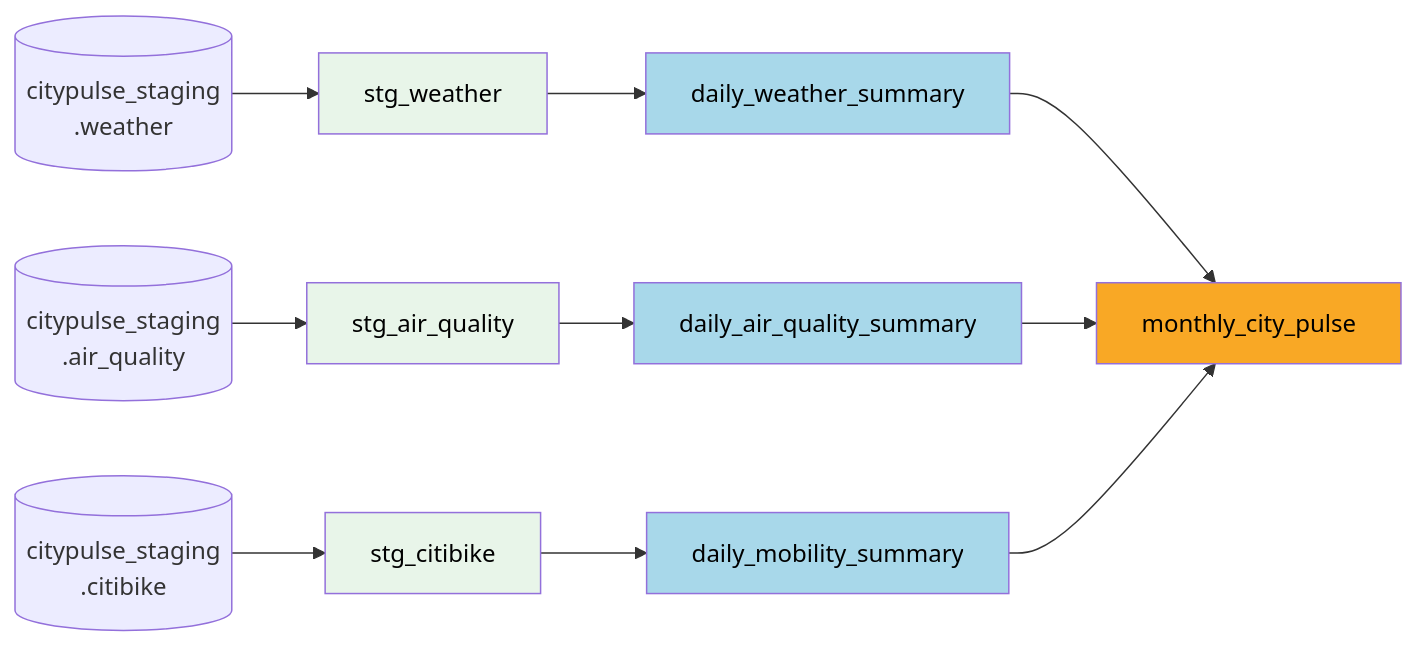
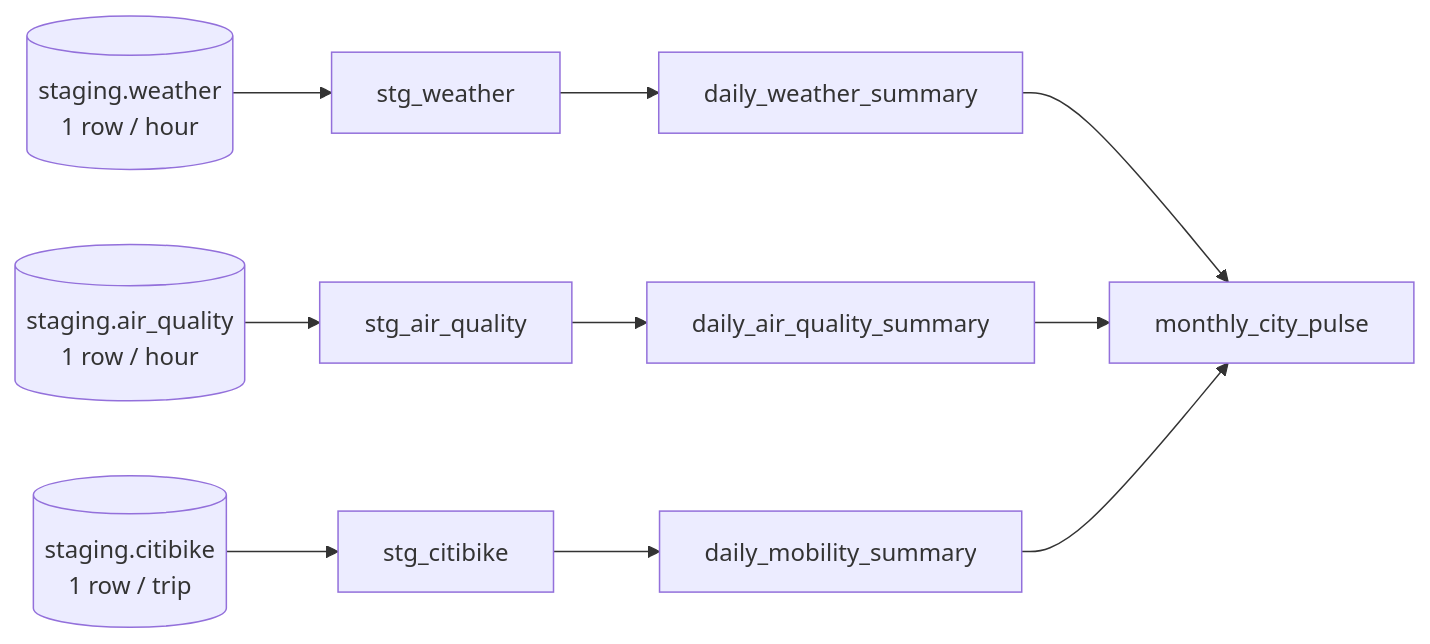
One commit to TomasRipsky/CityPulse_Analytics changed the second of 2 diagrams in README.md. Above: the diagram before and after it, drawn with Mermaid. The commit also changed other lines of this file and 26 other files, not shown here.

````diff
--- a/README.md
+++ b/README.md
@@ -103,22 +79,9 @@
 ```mermaid
-graph LR
-    SRC1[(citypulse_staging\n.weather)] --> STG1[stg_weather]
-    SRC2[(citypulse_staging\n.air_quality)] --> STG2[stg_air_quality]
-    SRC3[(citypulse_staging\n.citibike)] --> STG3[stg_citibike]
-
-    STG1 --> DWS[daily_weather_summary]
-    STG2 --> DAQS[daily_air_quality_summary]
-    STG3 --> DMS[daily_mobility_summary]
-
-    DWS --> MCP[monthly_city_pulse]
-    DAQS --> MCP
-    DMS --> MCP
-
-    style MCP fill:#F9A825,color:#000
-    style DWS fill:#A8D8EA,color:#000
-    style DAQS fill:#A8D8EA,color:#000
-    style DMS fill:#A8D8EA,color:#000
-    style STG1 fill:#e8f5e9,color:#000
-    style STG2 fill:#e8f5e9,color:#000
-    style STG3 fill:#e8f5e9,color:#000
+flowchart LR
+  w[("staging.weather<br/>1 row / hour")] --> sw[stg_weather] --> dw[daily_weather_summary]
+  a[("staging.air_quality<br/>1 row / hour")] --> sa[stg_air_quality] --> da[daily_air_quality_summary]
+  c[("staging.citibike<br/>1 row / trip")] --> sc[stg_citibike] --> dm[daily_mobility_summary]
+  dw --> m[monthly_city_pulse]
+  da --> m
+  dm --> m
 ```
````
